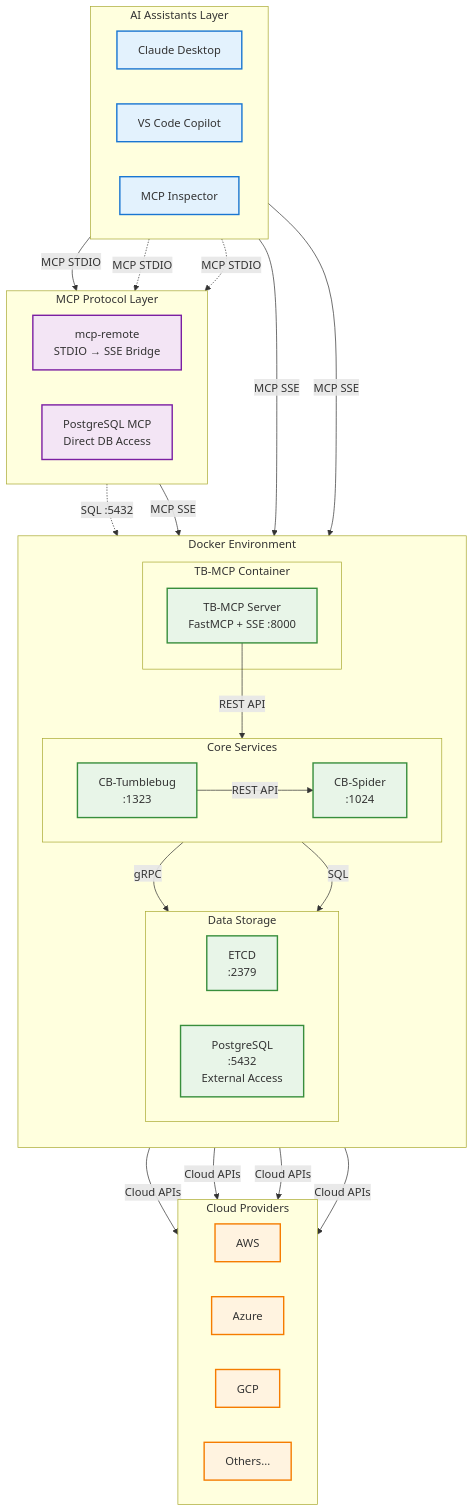
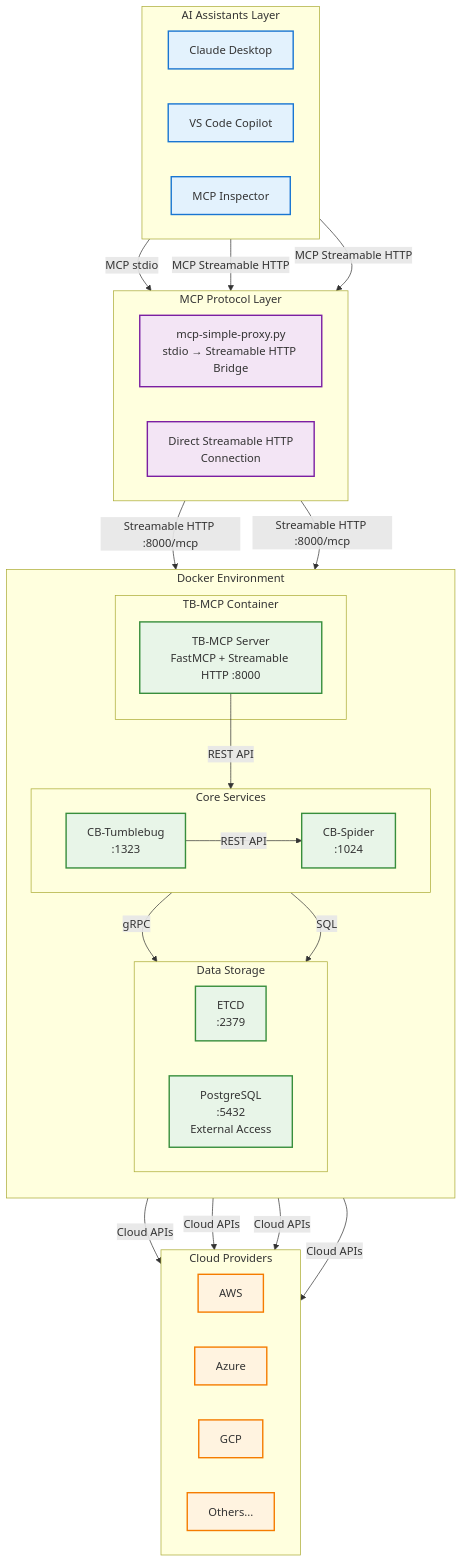
Before and after one commit to cloud-barista/cb-tumblebug: the first of 7 diagrams in src/interface/mcp/architecture.md, drawn with Mermaid. The commit also changed other lines of this file and 7 other files, not shown here.

Commit message:
Change MCP transport from SSE to HTTP

````diff
--- a/src/interface/mcp/architecture.md
+++ b/src/interface/mcp/architecture.md
@@ -5,81 +5,77 @@
 ```mermaid
 graph TB
     subgraph "AI Assistants Layer"
         direction LR
         Claude[Claude Desktop]
         VSCode[VS Code Copilot]
         MCPInspector[MCP Inspector]
     end
     
     subgraph "MCP Protocol Layer"
         direction LR
-        MCPRemote[mcp-remote<br/>STDIO → SSE Bridge]
-        PostgresMCP[PostgreSQL MCP<br/>Direct DB Access]
+        ProxyBridge[mcp-simple-proxy.py<br/>stdio → Streamable HTTP Bridge]
+        DirectHTTP[Direct Streamable HTTP<br/>Connection]
     end
     
     subgraph "Docker Environment"
         direction TB
         
         subgraph "TB-MCP Container"
-            TBMCPCode[TB-MCP Server<br/>FastMCP + SSE :8000]
+            TBMCPCode[TB-MCP Server<br/>FastMCP + Streamable HTTP :8000]
         end
         
         subgraph "Core Services"
             direction LR
             TBCore[CB-Tumblebug<br/>:1323]
             Spider[CB-Spider<br/>:1024]
         end
         
         subgraph "Data Storage"
             direction LR
             ETCD[ETCD<br/>:2379]
             Postgres[PostgreSQL<br/>:5432<br/>External Access]
         end
     end
     
     subgraph "Cloud Providers"
         direction LR
         AWS[AWS]
         Azure[Azure]
         GCP[GCP]
         Others[Others...]
     end
     
     %% Main AI Assistant Flows
-    Claude -->|MCP STDIO| MCPRemote
-    VSCode -->|MCP SSE| TBMCPCode
-    MCPInspector -->|MCP SSE| TBMCPCode
+    Claude -->|MCP stdio| ProxyBridge
+    VSCode -->|MCP Streamable HTTP| DirectHTTP
+    MCPInspector -->|MCP Streamable HTTP| DirectHTTP
     
-    %% PostgreSQL Direct Access
-    Claude -.->|MCP STDIO| PostgresMCP
-    VSCode -.->|MCP STDIO| PostgresMCP
-    PostgresMCP -.->|SQL :5432| Postgres
-    
-    %% MCP Bridge Flow
-    MCPRemote -->|MCP SSE| TBMCPCode
+    %% Proxy Bridge Flow
+    ProxyBridge -->|Streamable HTTP :8000/mcp| TBMCPCode
+    DirectHTTP -->|Streamable HTTP :8000/mcp| TBMCPCode
     
     %% Internal Service Flow
     TBMCPCode -->|REST API| TBCore
     TBCore -->|REST API| Spider
     TBCore -->|gRPC| ETCD
     TBCore -->|SQL| Postgres
     
     %% Cloud Integration
     Spider -->|Cloud APIs| AWS
     Spider -->|Cloud APIs| Azure
     Spider -->|Cloud APIs| GCP
     Spider -->|Cloud APIs| Others
     
     %% Styling for clarity
     classDef aiLayer fill:#e3f2fd,stroke:#1976d2,stroke-width:2px
     classDef mcpLayer fill:#f3e5f5,stroke:#7b1fa2,stroke-width:2px
     classDef dockerLayer fill:#e8f5e8,stroke:#388e3c,stroke-width:2px
     classDef cloudLayer fill:#fff3e0,stroke:#f57c00,stroke-width:2px
     classDef primaryFlow stroke:#d32f2f,stroke-width:3px
-    classDef secondaryFlow stroke:#666,stroke-width:2px,stroke-dasharray: 5 5
+    classDef proxyFlow stroke:#ff6f00,stroke-width:3px
     
     class Claude,VSCode,MCPInspector aiLayer
-    class MCPRemote,PostgresMCP mcpLayer
+    class ProxyBridge,DirectHTTP mcpLayer
     class TBMCPCode,TBCore,Spider,ETCD,Postgres dockerLayer
     class AWS,Azure,GCP,Others cloudLayer
 ```
````
